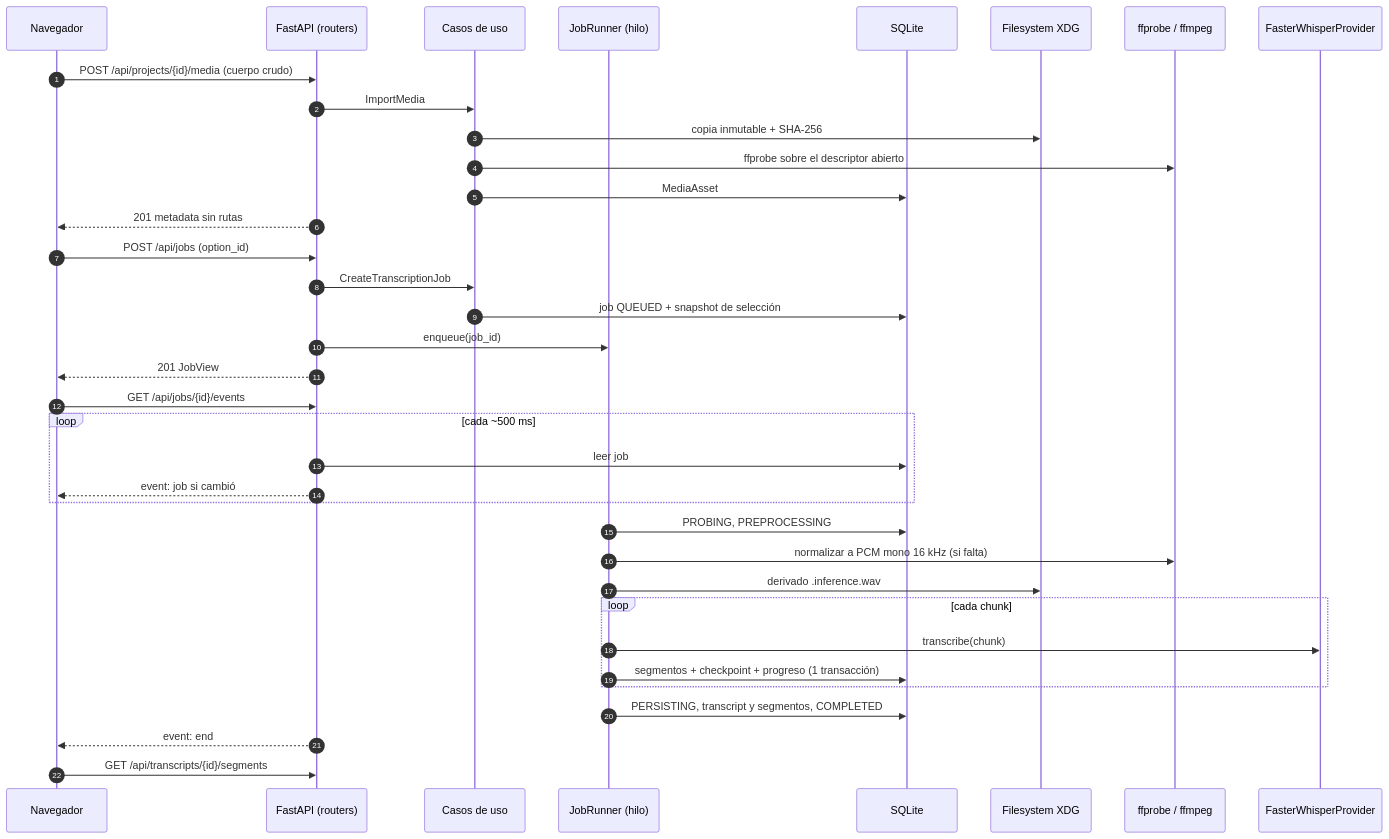
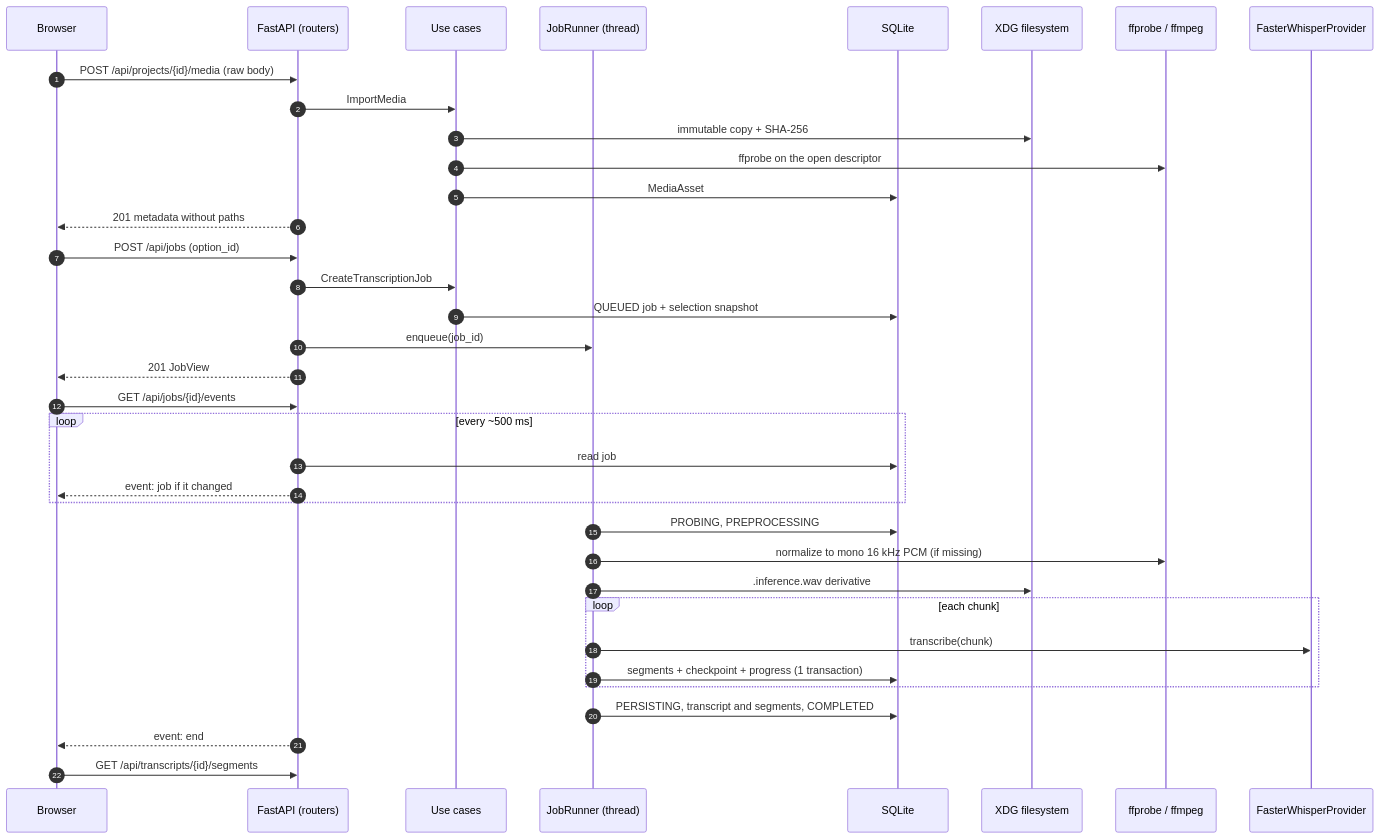
Before and after one commit to MarshallGomez1103/V: the second of 2 diagrams in docs/architecture/03-componentes.md, drawn with Mermaid. The commit also changed other lines of this file and 13 other files, not shown here.

````diff
--- a/docs/architecture/03-componentes.md
+++ b/docs/architecture/03-componentes.md
@@ -212,42 +218,42 @@
 ```mermaid
 sequenceDiagram
     autonumber
-    participant B as Navegador
+    participant B as Browser
     participant API as FastAPI (routers)
-    participant UC as Casos de uso
-    participant R as JobRunner (hilo)
+    participant UC as Use cases
+    participant R as JobRunner (thread)
     participant DB as SQLite
-    participant FS as Filesystem XDG
+    participant FS as XDG filesystem
     participant FF as ffprobe / ffmpeg
     participant FW as FasterWhisperProvider
 
-    B->>API: POST /api/projects/{id}/media (cuerpo crudo)
+    B->>API: POST /api/projects/{id}/media (raw body)
     API->>UC: ImportMedia
-    UC->>FS: copia inmutable + SHA-256
-    UC->>FF: ffprobe sobre el descriptor abierto
+    UC->>FS: immutable copy + SHA-256
+    UC->>FF: ffprobe on the open descriptor
     UC->>DB: MediaAsset
-    API-->>B: 201 metadata sin rutas
+    API-->>B: 201 metadata without paths
 
     B->>API: POST /api/jobs (option_id)
     API->>UC: CreateTranscriptionJob
-    UC->>DB: job QUEUED + snapshot de selección
+    UC->>DB: QUEUED job + selection snapshot
     API->>R: enqueue(job_id)
     API-->>B: 201 JobView
 
     B->>API: GET /api/jobs/{id}/events
-    loop cada ~500 ms
-        API->>DB: leer job
-        API-->>B: event: job si cambió
+    loop every ~500 ms
+        API->>DB: read job
+        API-->>B: event: job if it changed
     end
 
     R->>DB: PROBING, PREPROCESSING
-    R->>FF: normalizar a PCM mono 16 kHz (si falta)
-    R->>FS: derivado .inference.wav
-    loop cada chunk
+    R->>FF: normalize to mono 16 kHz PCM (if missing)
+    R->>FS: .inference.wav derivative
+    loop each chunk
         R->>FW: transcribe(chunk)
-        R->>DB: segmentos + checkpoint + progreso (1 transacción)
+        R->>DB: segments + checkpoint + progress (1 transaction)
     end
-    R->>DB: PERSISTING, transcript y segmentos, COMPLETED
+    R->>DB: PERSISTING, transcript and segments, COMPLETED
     API-->>B: event: end
     B->>API: GET /api/transcripts/{id}/segments
 ```
````
